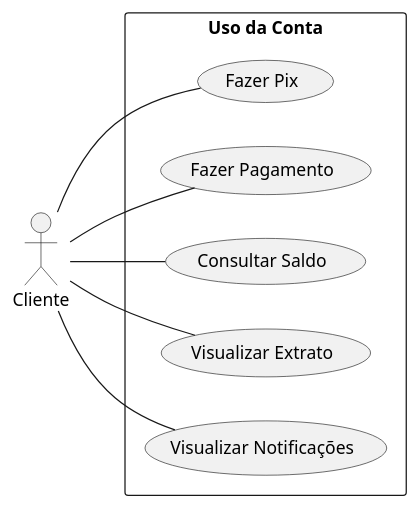
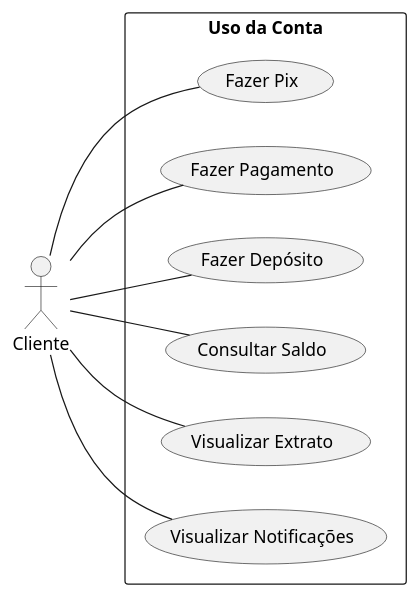
The diagram in digital_bank/use_case02.iuml (FerdinandChagas/uml_examples), drawn with PlantUML before and after one commit. The commit also changed 4 other files, not shown here.

```diff
--- a/digital_bank/use_case02.iuml
+++ b/digital_bank/use_case02.iuml
@@ -1,20 +1,22 @@
 @startuml
 left to right direction
 
 actor Cliente as cliente
 
 rectangle "Uso da Conta"{
     (Fazer Pix) as fazer_pix
     (Fazer Pagamento) as fazer_pagamento
+    (Fazer Depósito) as fazer_deposito
     (Consultar Saldo) as consultar_saldo
     (Visualizar Extrato) as visualizar_extrato
     (Visualizar Notificações) as visualizar_notificacoes
 }
 
 cliente -- fazer_pix
 cliente -- fazer_pagamento
+cliente -- fazer_deposito
 cliente -- consultar_saldo
 cliente -- visualizar_extrato
 cliente -- visualizar_notificacoes
 
 @enduml
```
